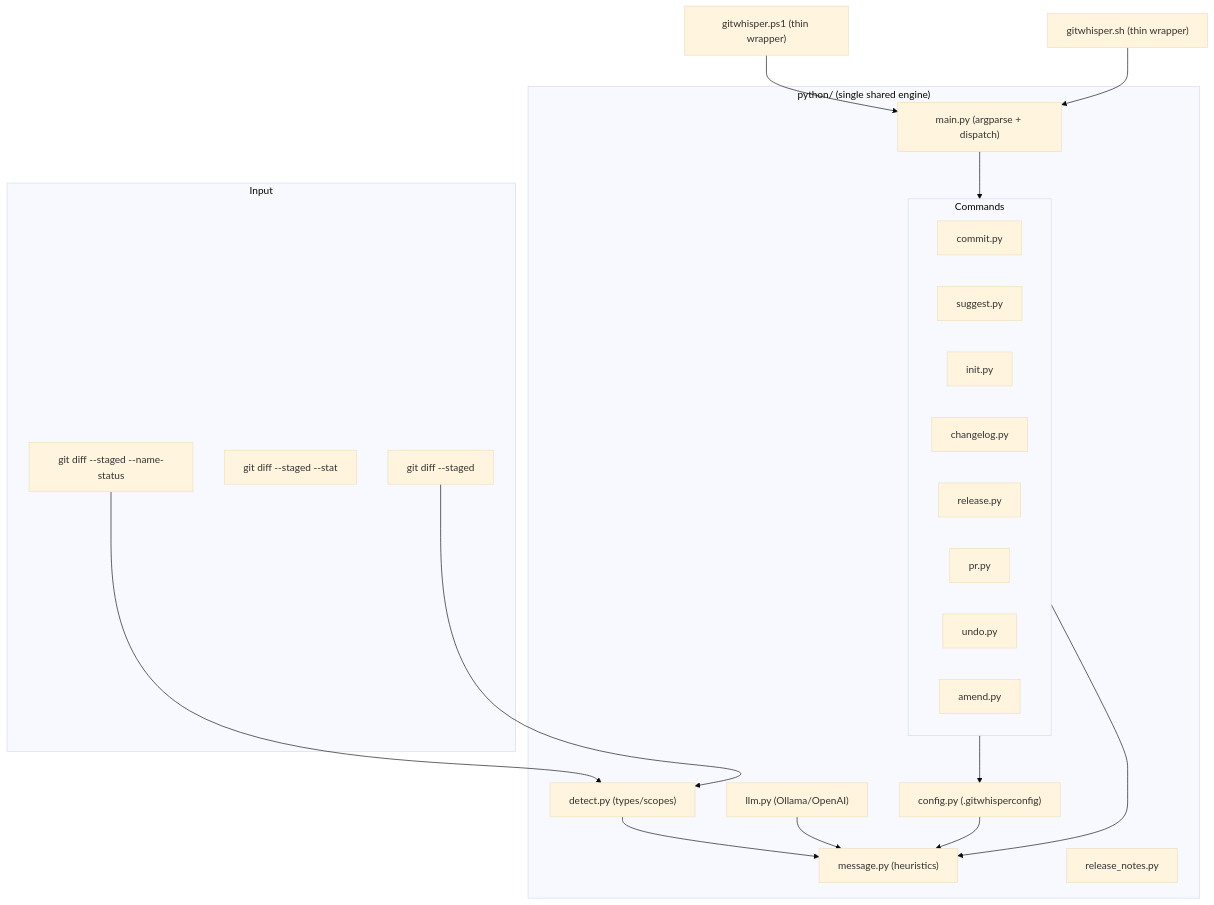
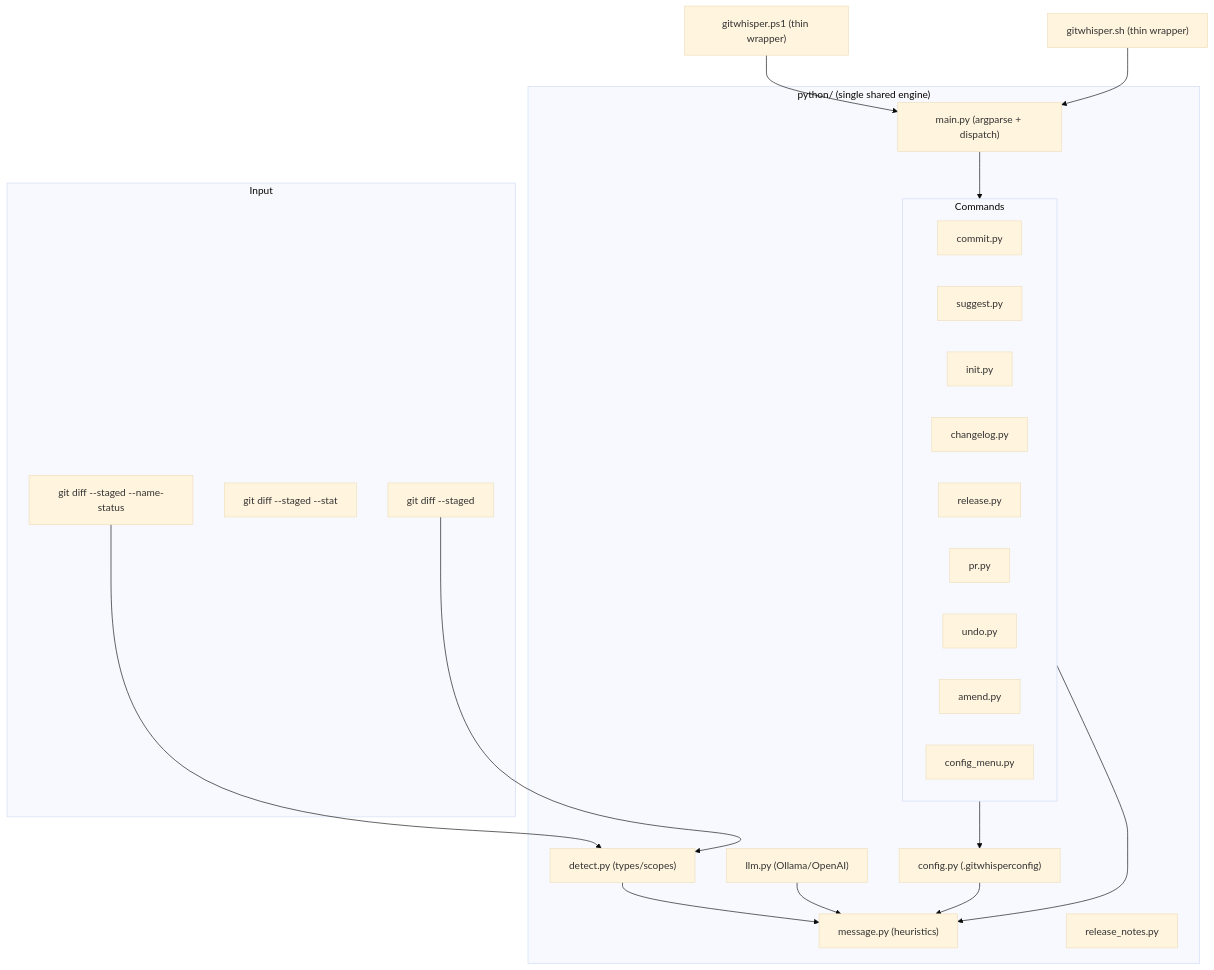
One commit to Beno-Goulart/GitWhisper changed the first of 2 diagrams in README.md. Above: the diagram before and after it, drawn with Mermaid (base theme). The commit also changed other lines of this file and 4 other files, not shown here.

````diff
--- a/README.md
+++ b/README.md
@@ -259,41 +261,42 @@
 ```mermaid
 graph TD
     WrapperPS["gitwhisper.ps1 (thin wrapper)"]
     WrapperSH["gitwhisper.sh (thin wrapper)"]
 
     subgraph Engine["python/  (single shared engine)"]
         Main["main.py (argparse + dispatch)"]
         subgraph Commands
             Commit["commit.py"]
             Suggest["suggest.py"]
             Init["init.py"]
             Changelog["changelog.py"]
             Release["release.py"]
             Pr["pr.py"]
             Undo["undo.py"]
             Amend["amend.py"]
+            ConfigMenu["config_menu.py"]
         end
         Message["message.py (heuristics)"]
         Detect["detect.py (types/scopes)"]
         Llm["llm.py (Ollama/OpenAI)"]
         ReleaseNotes["release_notes.py"]
         Config["config.py (.gitwhisperconfig)"]
     end
 
     subgraph Input
         DiffStaged["git diff --staged --name-status"]
         DiffStat["git diff --staged --stat"]
         DiffContent["git diff --staged"]
     end
 
     WrapperPS --> Main
     WrapperSH --> Main
     DiffStaged --> Detect
     DiffContent --> Detect
     Detect --> Message
     Llm --> Message
     Main --> Commands
     Commands --> Message
     Config --> Message
     Commands --> Config
 ```
````
